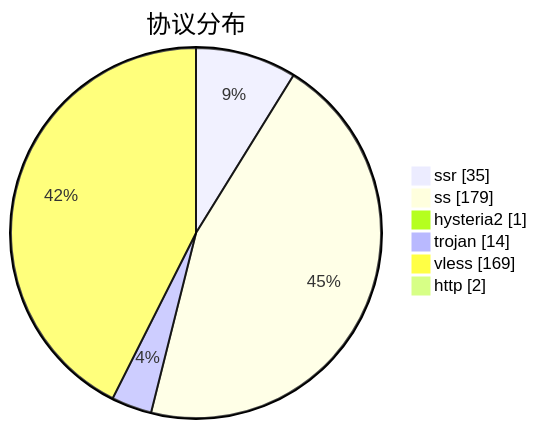
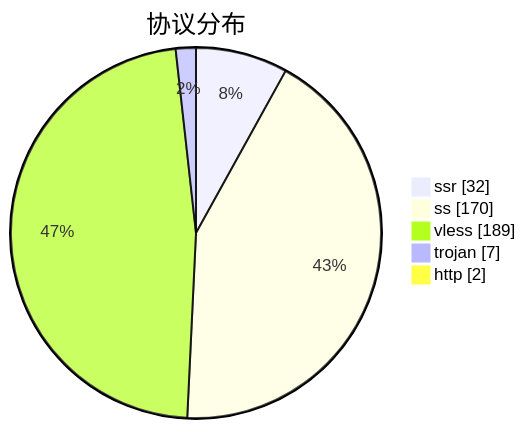
Before and after one commit to qjlxg/airport: the third of 3 diagrams in subs/statistics/tested_within.md, drawn with Mermaid. The commit also changed other lines of this file and 2 other files, not shown here.

````diff
--- a/subs/statistics/tested_within.md
+++ b/subs/statistics/tested_within.md
@@ -19,10 +18,9 @@
 ```mermaid
 pie showData
 title 协议分布
-"ssr" : 35
-"ss" : 179
-"hysteria2" : 1
-"trojan" : 14
-"vless" : 169
+"ssr" : 32
+"ss" : 170
+"vless" : 189
+"trojan" : 7
 "http" : 2
 ```
````
